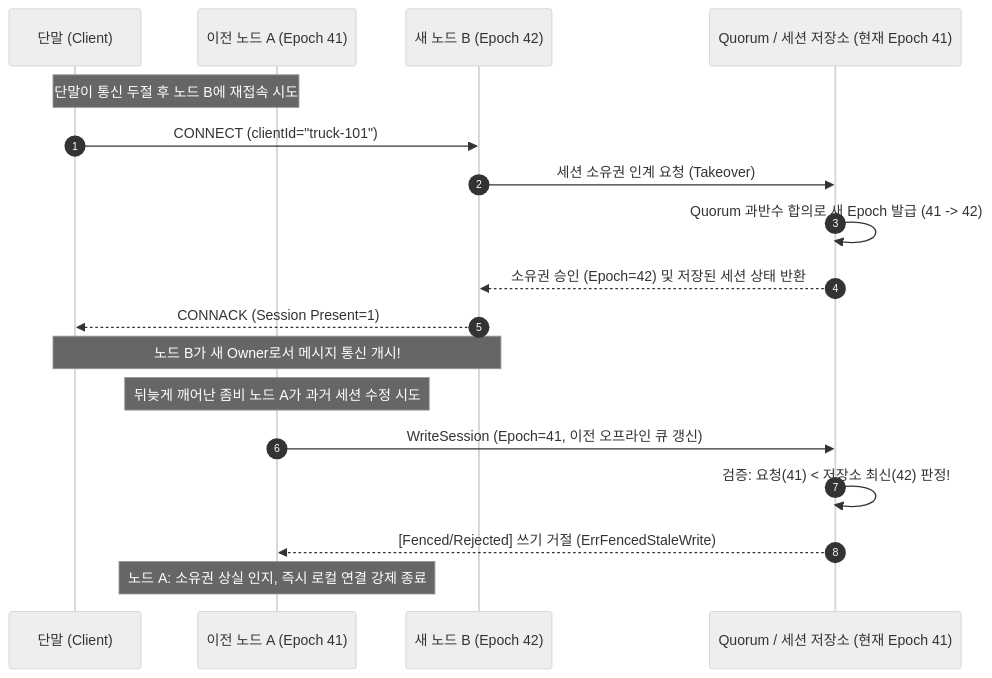
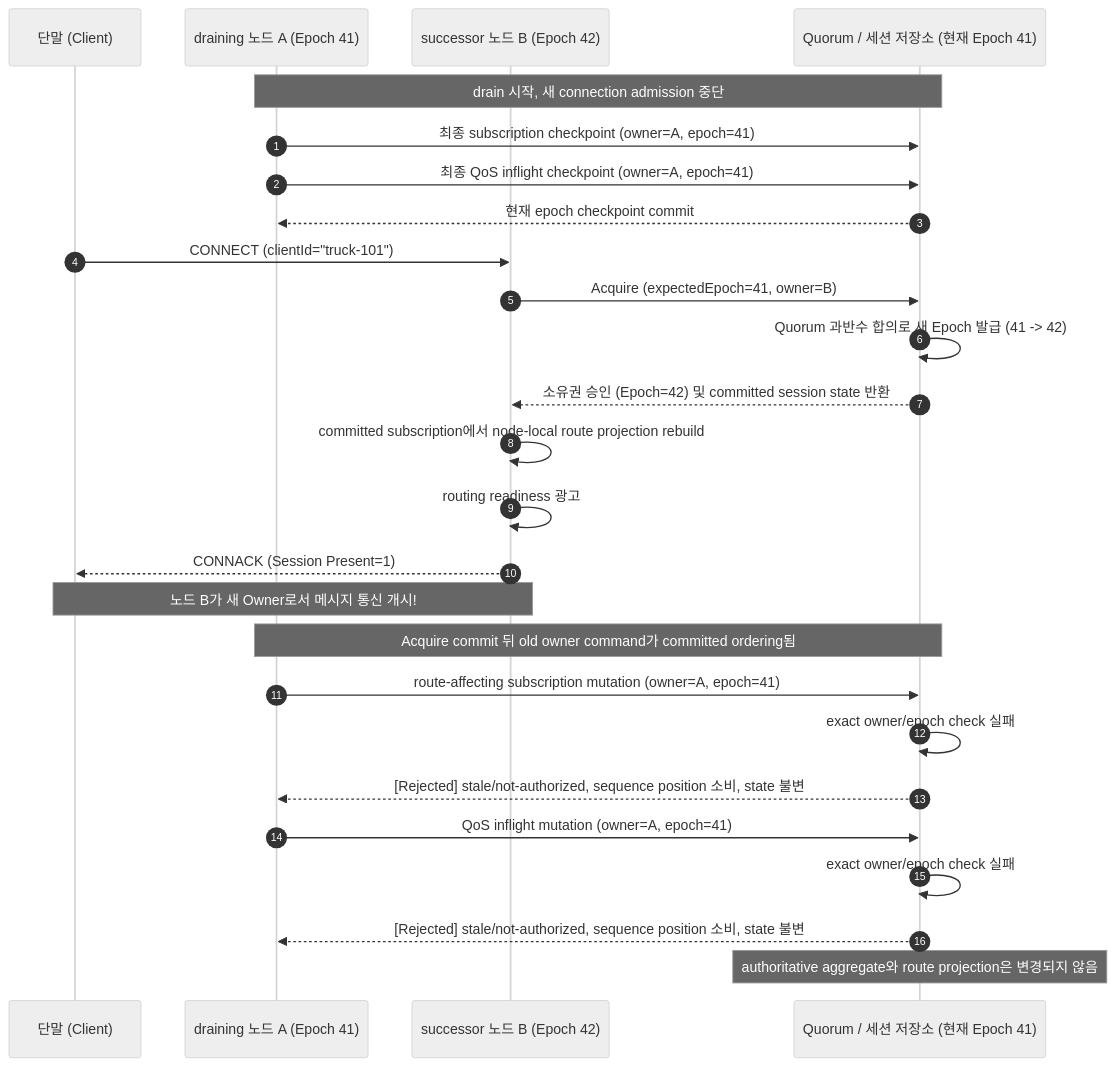
Before and after one commit to kayden-kim/narumq: the diagram in docs/explainers/session-ownership-and-fencing.md, drawn with Mermaid (neutral theme). The commit also changed other lines of this file and 4 other files, not shown here.

Commit message:
docs: clarify session mutation fencing

````diff
--- a/docs/explainers/session-ownership-and-fencing.md
+++ b/docs/explainers/session-ownership-and-fencing.md
@@ -113,22 +125,31 @@
 ```mermaid
 sequenceDiagram
     autonumber
     participant C as 단말 (Client)
-    participant A as 이전 노드 A (Epoch 41)
-    participant B as 새 노드 B (Epoch 42)
+    participant A as draining 노드 A (Epoch 41)
+    participant B as successor 노드 B (Epoch 42)
     participant Q as Quorum / 세션 저장소 (현재 Epoch 41)
 
-    Note over C,A: 단말이 통신 두절 후 노드 B에 재접속 시도
+    Note over A,Q: drain 시작, 새 connection admission 중단
+    A->>Q: 최종 subscription checkpoint (owner=A, epoch=41)
+    A->>Q: 최종 QoS inflight checkpoint (owner=A, epoch=41)
+    Q-->>A: 현재 epoch checkpoint commit
+
     C->>B: CONNECT (clientId="truck-101")
-    B->>Q: 세션 소유권 인계 요청 (Takeover)
+    B->>Q: Acquire (expectedEpoch=41, owner=B)
     Q->>Q: Quorum 과반수 합의로 새 Epoch 발급 (41 -> 42)
-    Q-->>B: 소유권 승인 (Epoch=42) 및 저장된 세션 상태 반환
+    Q-->>B: 소유권 승인 (Epoch=42) 및 committed session state 반환
+    B->>B: committed subscription에서 node-local route projection rebuild
+    B->>B: routing readiness 광고
     B-->>C: CONNACK (Session Present=1)
     Note over B,C: 노드 B가 새 Owner로서 메시지 통신 개시!
 
-    Note over A: 뒤늦게 깨어난 좀비 노드 A가 과거 세션 수정 시도
-    A->>Q: WriteSession (Epoch=41, 이전 오프라인 큐 갱신)
-    Q->>Q: 검증: 요청(41) < 저장소 최신(42) 판정!
-    Q-->>A: [Fenced/Rejected] 쓰기 거절 (ErrFencedStaleWrite)
-    Note over A: 노드 A: 소유권 상실 인지, 즉시 로컬 연결 강제 종료
+    Note over A,Q: Acquire commit 뒤 old owner command가 committed ordering됨
+    A->>Q: route-affecting subscription mutation (owner=A, epoch=41)
+    Q->>Q: exact owner/epoch check 실패
+    Q-->>A: [Rejected] stale/not-authorized, sequence position 소비, state 불변
+    A->>Q: QoS inflight mutation (owner=A, epoch=41)
+    Q->>Q: exact owner/epoch check 실패
+    Q-->>A: [Rejected] stale/not-authorized, sequence position 소비, state 불변
+    Note over Q: authoritative aggregate와 route projection은 변경되지 않음
 ```
````
